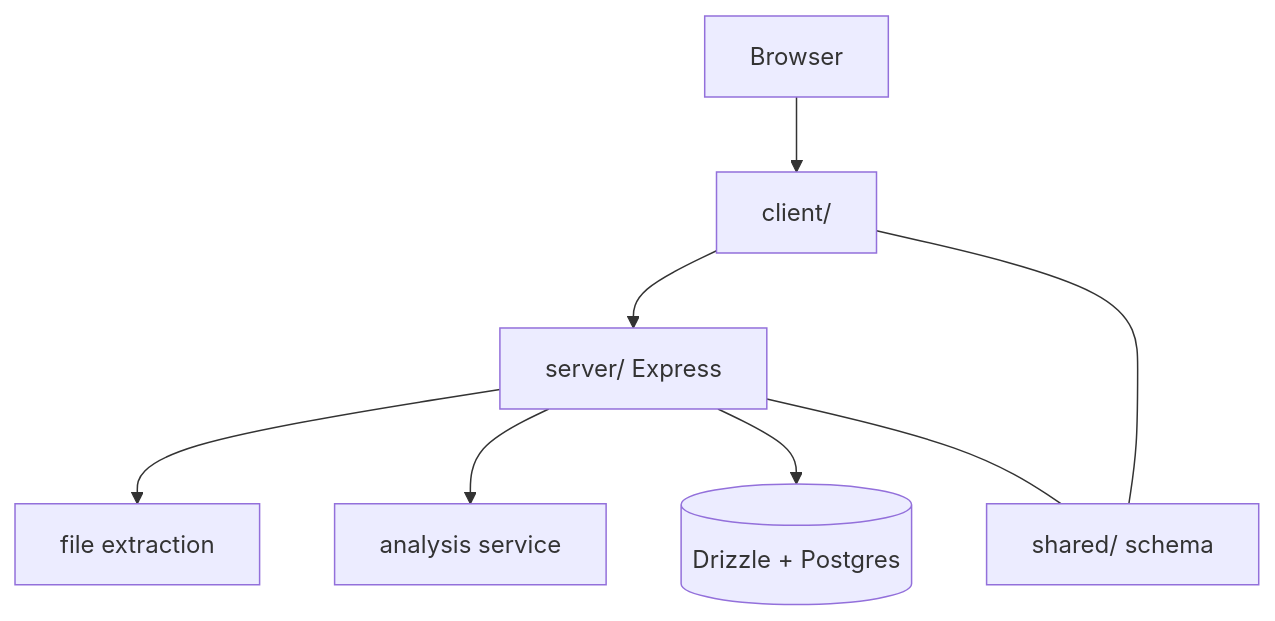
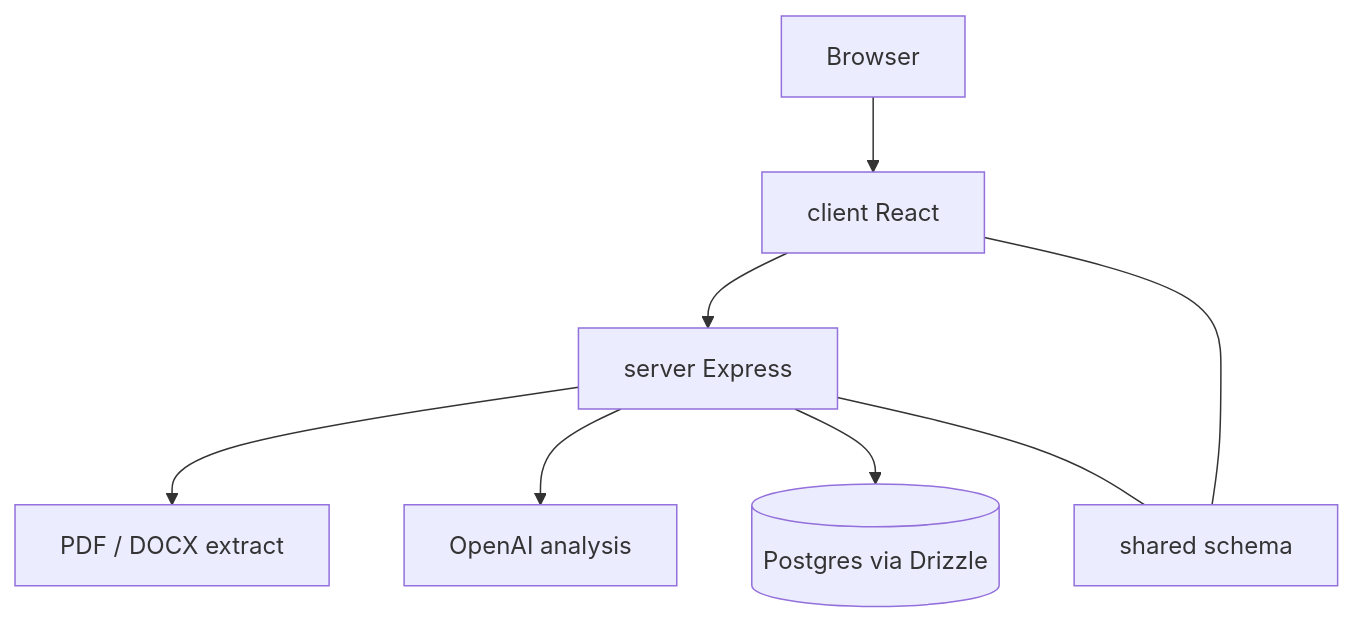
One commit to Aneesh495/covenant changed the diagram in README.md. Above: the diagram before and after it, drawn with Mermaid. The commit also changed other lines of this file and 54 other files, not shown here.

````diff
--- a/README.md
+++ b/README.md
@@ -9,10 +9,10 @@
 ```mermaid
 flowchart TB
-  Browser --> Web[client/]
-  Web --> API[server/ Express]
-  API --> Parser[file extraction]
-  API --> Model[analysis service]
-  API --> DB[(Drizzle + Postgres)]
-  Web --- Shared[shared/ schema]
+  Browser --> Web[client React]
+  Web --> API[server Express]
+  API --> Parse[PDF / DOCX extract]
+  API --> Model[OpenAI analysis]
+  API --> DB[(Postgres via Drizzle)]
+  Web --- Shared[shared schema]
   API --- Shared
 ```
````
